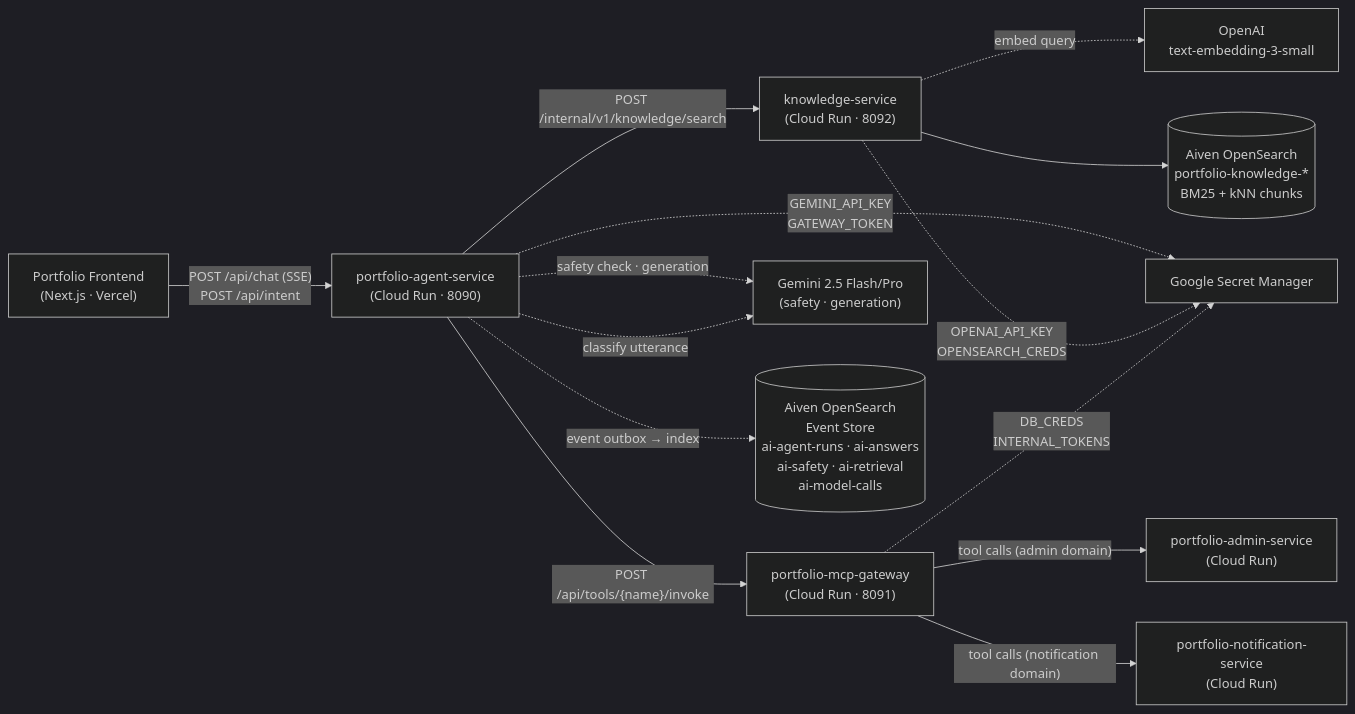
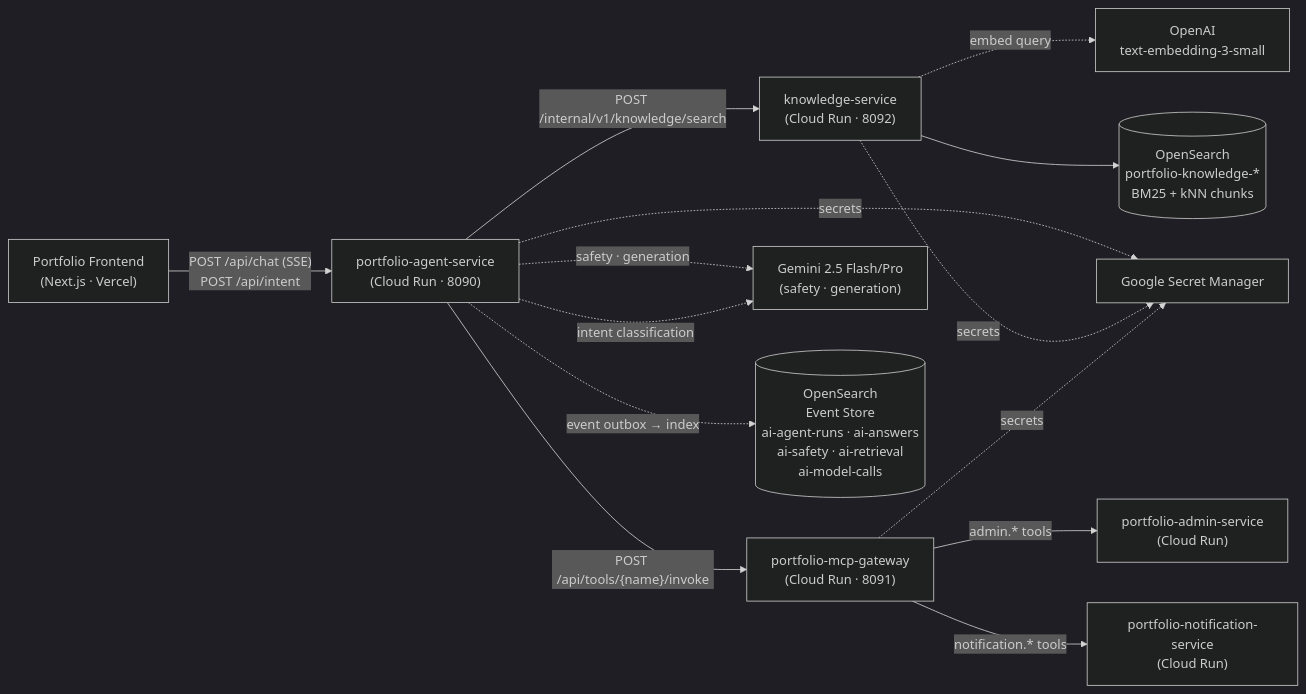
One commit to YuqiGuo105/portfolio-ai-platform changed the first of 2 diagrams in README.md. Above: the diagram before and after it, drawn with Mermaid (dark theme). The commit also changed other lines of this file, not shown here.

Commit message:
docs: rewrite README — remove 4 low-value diagrams, staff-level prose

````diff
--- a/README.md
+++ b/README.md
@@ -18,28 +16,28 @@
 ```mermaid
 flowchart LR
     FE["Portfolio Frontend\n(Next.js · Vercel)"]
     AS["portfolio-agent-service\n(Cloud Run · 8090)"]
     KS["knowledge-service\n(Cloud Run · 8092)"]
     GW["portfolio-mcp-gateway\n(Cloud Run · 8091)"]
     ADM["portfolio-admin-service\n(Cloud Run)"]
     NOTIF["portfolio-notification-service\n(Cloud Run)"]
     GEMINI["Gemini 2.5 Flash/Pro\n(safety · generation)"]
     OPENAI["OpenAI\ntext-embedding-3-small"]
-    OS_KB[("Aiven OpenSearch\nportfolio-knowledge-*\nBM25 + kNN chunks")]
-    OS_EV[("Aiven OpenSearch\nEvent Store\nai-agent-runs · ai-answers\nai-safety · ai-retrieval\nai-model-calls")]
+    OS_KB[("OpenSearch\nportfolio-knowledge-*\nBM25 + kNN chunks")]
+    OS_EV[("OpenSearch\nEvent Store\nai-agent-runs · ai-answers\nai-safety · ai-retrieval\nai-model-calls")]
     SM["Google Secret Manager"]
 
     FE -- "POST /api/chat (SSE)\nPOST /api/intent" --> AS
     AS -- "POST /internal/v1/knowledge/search" --> KS
     AS -- "POST /api/tools/{name}/invoke" --> GW
-    GW -- "tool calls (admin domain)" --> ADM
-    GW -- "tool calls (notification domain)" --> NOTIF
-    AS -. "safety check · generation" .-> GEMINI
-    AS -. "classify utterance" .-> GEMINI
+    GW -- "admin.* tools" --> ADM
+    GW -- "notification.* tools" --> NOTIF
+    AS -. "safety · generation" .-> GEMINI
+    AS -. "intent classification" .-> GEMINI
     KS -. "embed query" .-> OPENAI
     KS --> OS_KB
     AS -. "event outbox → index" .-> OS_EV
-    AS -. "GEMINI_API_KEY\nGATEWAY_TOKEN" .-> SM
-    KS -. "OPENAI_API_KEY\nOPENSEARCH_CREDS" .-> SM
-    GW -. "DB_CREDS\nINTERNAL_TOKENS" .-> SM
+    AS -. "secrets" .-> SM
+    KS -. "secrets" .-> SM
+    GW -. "secrets" .-> SM
 ```
````
